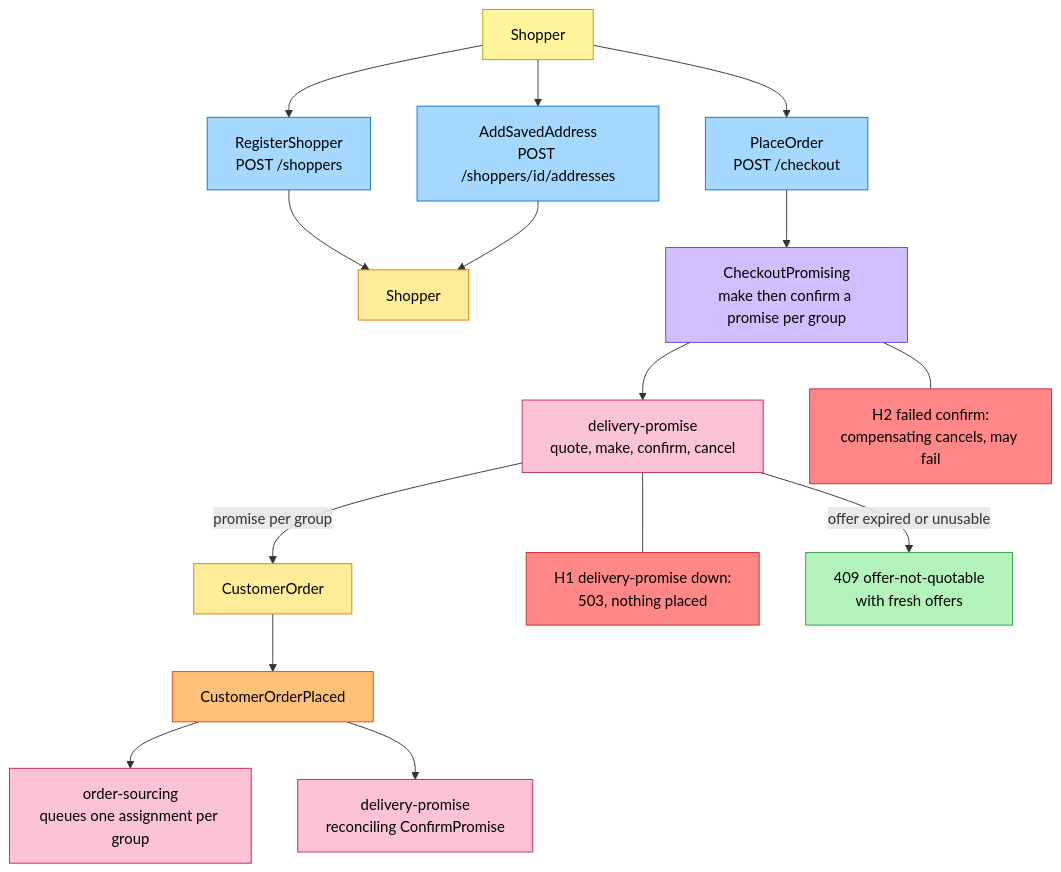
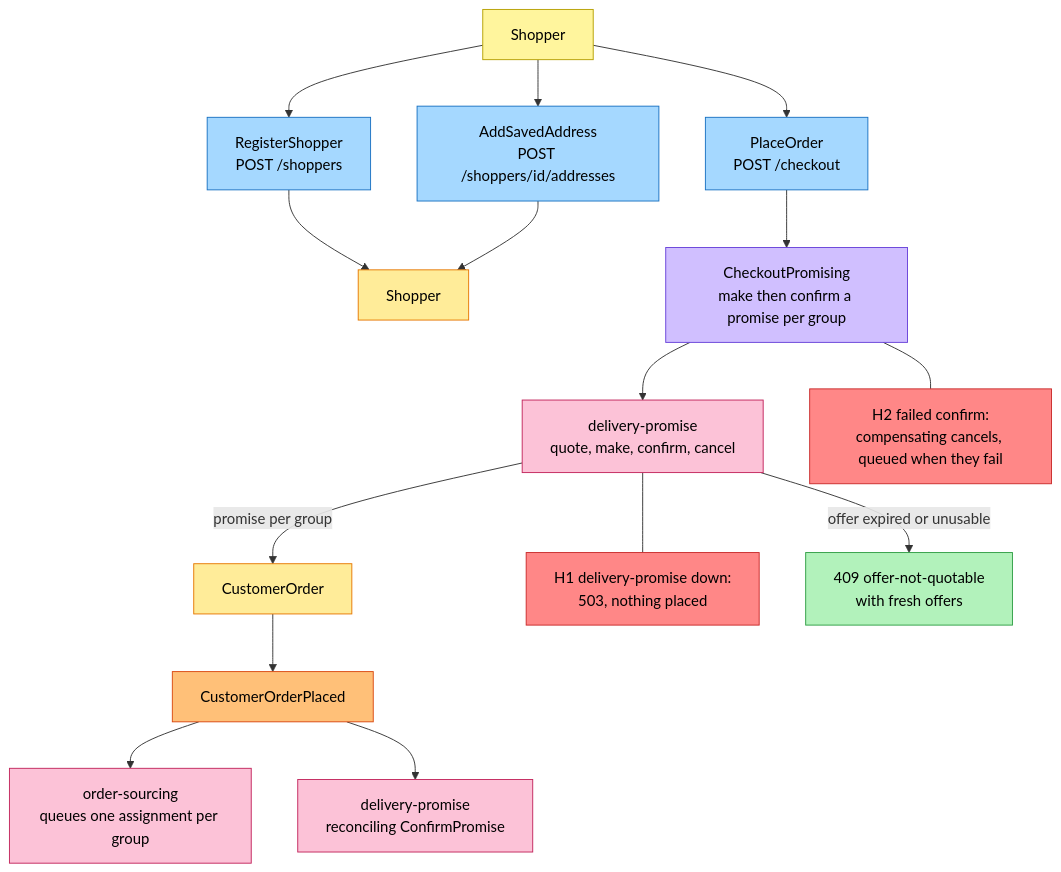
Before and after one commit to IQVO/customer-ordering: the first of 3 diagrams in docs/docs/ddd/eventstorming.md, drawn with Mermaid. The commit also changed other lines of this file and 3 other files, not shown here.

Commit message:
docs(customer-ordering): the failed compensating cancel is queued and retried (ADR 0002 A14 addendum, H2, troubleshooting)

````diff
--- a/docs/docs/ddd/eventstorming.md
+++ b/docs/docs/ddd/eventstorming.md
@@ -33,37 +33,37 @@
 ```mermaid
 flowchart TB
     SH["Shopper"]:::actor
     C0["RegisterShopper<br/>POST /shoppers"]:::command
     C0b["AddSavedAddress<br/>POST /shoppers/id/addresses"]:::command
     G0["Shopper"]:::aggregate
     C1["PlaceOrder<br/>POST /checkout"]:::command
     P1["CheckoutPromising<br/>make then confirm a promise per group"]:::policy
     DP["delivery-promise<br/>quote, make, confirm, cancel"]:::external
     G1["CustomerOrder"]:::aggregate
     E1["CustomerOrderPlaced"]:::event
     OS["order-sourcing<br/>queues one assignment per group"]:::external
     DP2["delivery-promise<br/>reconciling ConfirmPromise"]:::external
     H1["H1 delivery-promise down:<br/>503, nothing placed"]:::hotspot
-    H2["H2 failed confirm:<br/>compensating cancels, may fail"]:::hotspot
+    H2["H2 failed confirm:<br/>compensating cancels, queued when they fail"]:::hotspot
 
     SH --> C0 --> G0
     SH --> C0b --> G0
     SH --> C1 --> P1
     P1 --> DP
     DP -->|"offer expired or unusable"| RQ["409 offer-not-quotable<br/>with fresh offers"]:::readmodel
     DP -->|"promise per group"| G1
     G1 --> E1
     E1 --> OS
     E1 --> DP2
     DP --- H1
     P1 --- H2
 
     classDef actor fill:#fff59d,stroke:#b59f00,color:#000
     classDef command fill:#a5d8ff,stroke:#1971c2,color:#000
     classDef aggregate fill:#ffec99,stroke:#e67700,color:#000
     classDef event fill:#ffc078,stroke:#d9480f,color:#000
     classDef policy fill:#d0bfff,stroke:#6741d9,color:#000
     classDef readmodel fill:#b2f2bb,stroke:#2f9e44,color:#000
     classDef external fill:#fcc2d7,stroke:#c2255c,color:#000
     classDef hotspot fill:#ff8787,stroke:#c92a2a,color:#000
 ```
````
